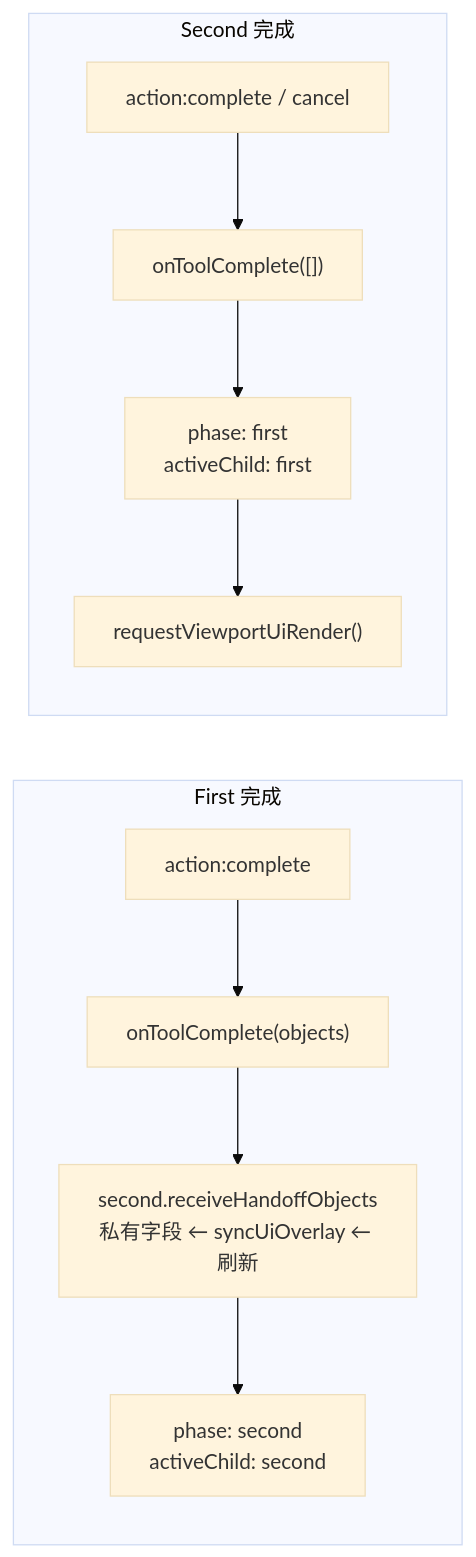
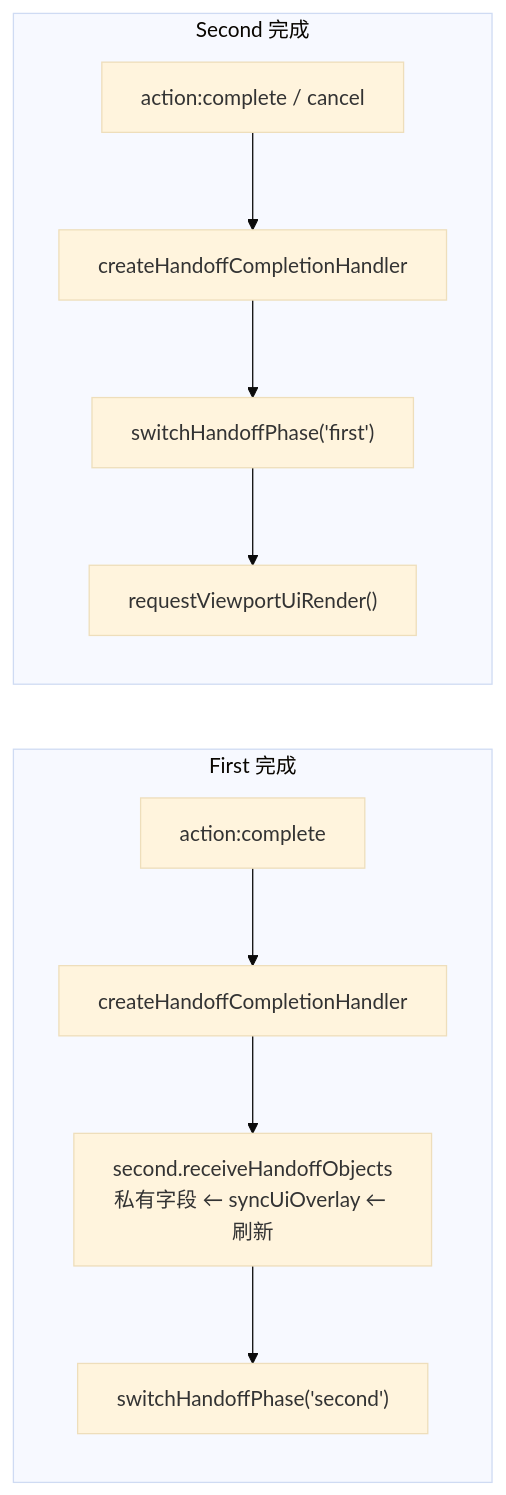
Before and after one commit to Frank-Steven/HoundWhiteboard: the third of 3 diagrams in src/core/ui-thread/devices-dag/prefixes/docs/handoff-handler-document.md, drawn with Mermaid (base theme). The commit also changed other lines of this file and 37 other files, not shown here.

````diff
--- a/src/core/ui-thread/devices-dag/prefixes/docs/handoff-handler-document.md
+++ b/src/core/ui-thread/devices-dag/prefixes/docs/handoff-handler-document.md
@@ -123,13 +124,13 @@
 ```mermaid
 flowchart LR
     subgraph First 完成
-        AC["action:complete"] --> OTC["onToolComplete(objects)"]
-        OTC --> Sync["second.receiveHandoffObjects<br/>私有字段 ← syncUiOverlay ← 刷新"]
-        Sync --> Switch2["phase: second<br/>activeChild: second"]
+        AC["action:complete"] --> Handler["createHandoffCompletionHandler"]
+        Handler --> Sync["second.receiveHandoffObjects<br/>私有字段 ← syncUiOverlay ← 刷新"]
+        Sync --> Switch2["switchHandoffPhase('second')"]
     end
     subgraph Second 完成
-        SU["action:complete / cancel"] --> OTC2["onToolComplete([])"]
-        OTC2 --> Switch1["phase: first<br/>activeChild: first"]
+        SU["action:complete / cancel"] --> Handler2["createHandoffCompletionHandler"]
+        Handler2 --> Switch1["switchHandoffPhase('first')"]
         Switch1 --> UI["requestViewportUiRender()"]
     end
 ```
````
